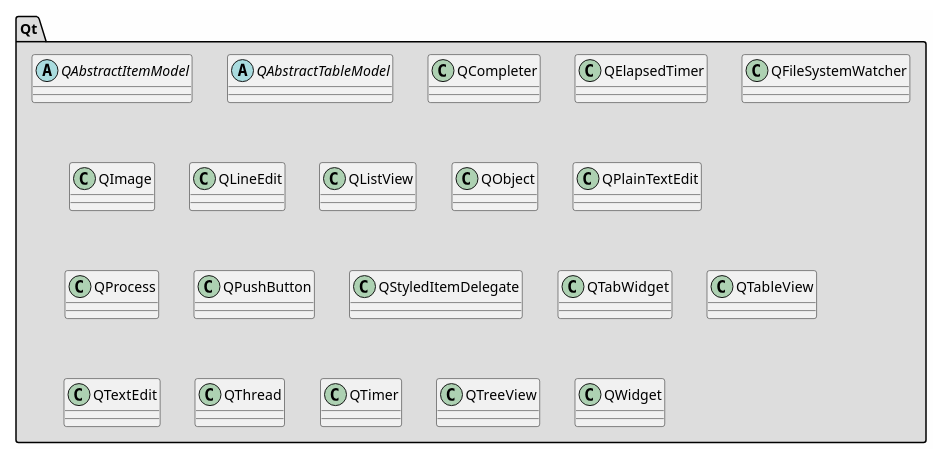
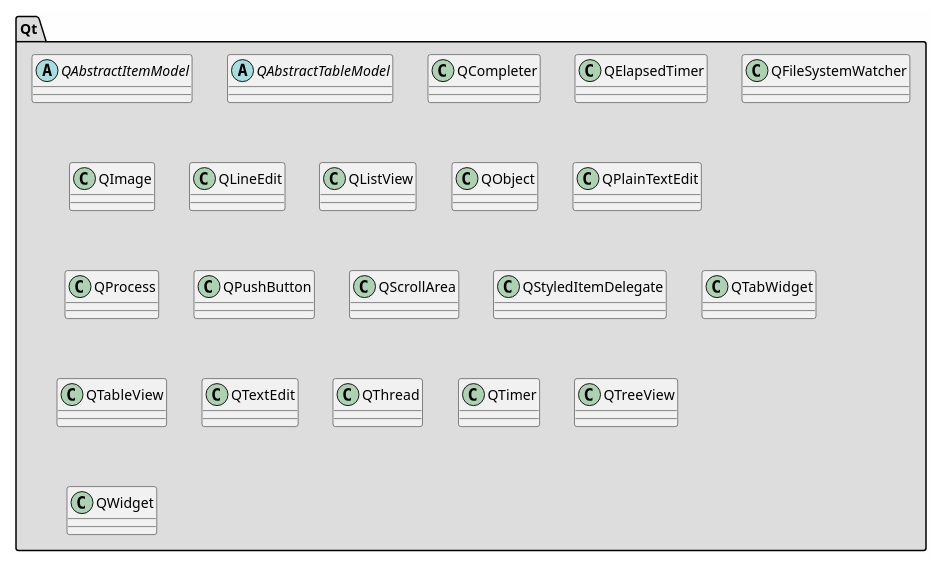
The diagram in md/dev_docs/puml/Qt_standalone.puml (svlad-90/DLT-Message-Analyzer), drawn with PlantUML before and after one commit. The commit also changed 83 other files, not shown here.

```diff
--- a/md/dev_docs/puml/Qt_standalone.puml
+++ b/md/dev_docs/puml/Qt_standalone.puml
@@ -2,90 +2,94 @@
 @startuml
 
 skinparam backgroundColor #FEFEFE
 skinparam wrapWidth 600
 package "Qt" #DDDDDD
 {
 
 abstract class "QAbstractItemModel"
 {
 }
 
 abstract class "QAbstractTableModel"
 {
 }
 
 class "QCompleter"
 {
 }
 
 class "QElapsedTimer"
 {
 }
 
 class "QFileSystemWatcher"
 {
 }
 
 class "QImage"
 {
 }
 
 class "QLineEdit"
 {
 }
 
 class "QListView"
 {
 }
 
 class "QObject"
 {
 }
 
 class "QPlainTextEdit"
 {
 }
 
 class "QProcess"
 {
 }
 
 class "QPushButton"
 {
 }
 
+class "QScrollArea"
+{
+}
+
 class "QStyledItemDelegate"
 {
 }
 
 class "QTabWidget"
 {
 }
 
 class "QTableView"
 {
 }
 
 class "QTextEdit"
 {
 }
 
 class "QThread"
 {
 }
 
 class "QTimer"
 {
 }
 
 class "QTreeView"
 {
 }
 
 class "QWidget"
 {
 }
 
 }
 
 @enduml
```
